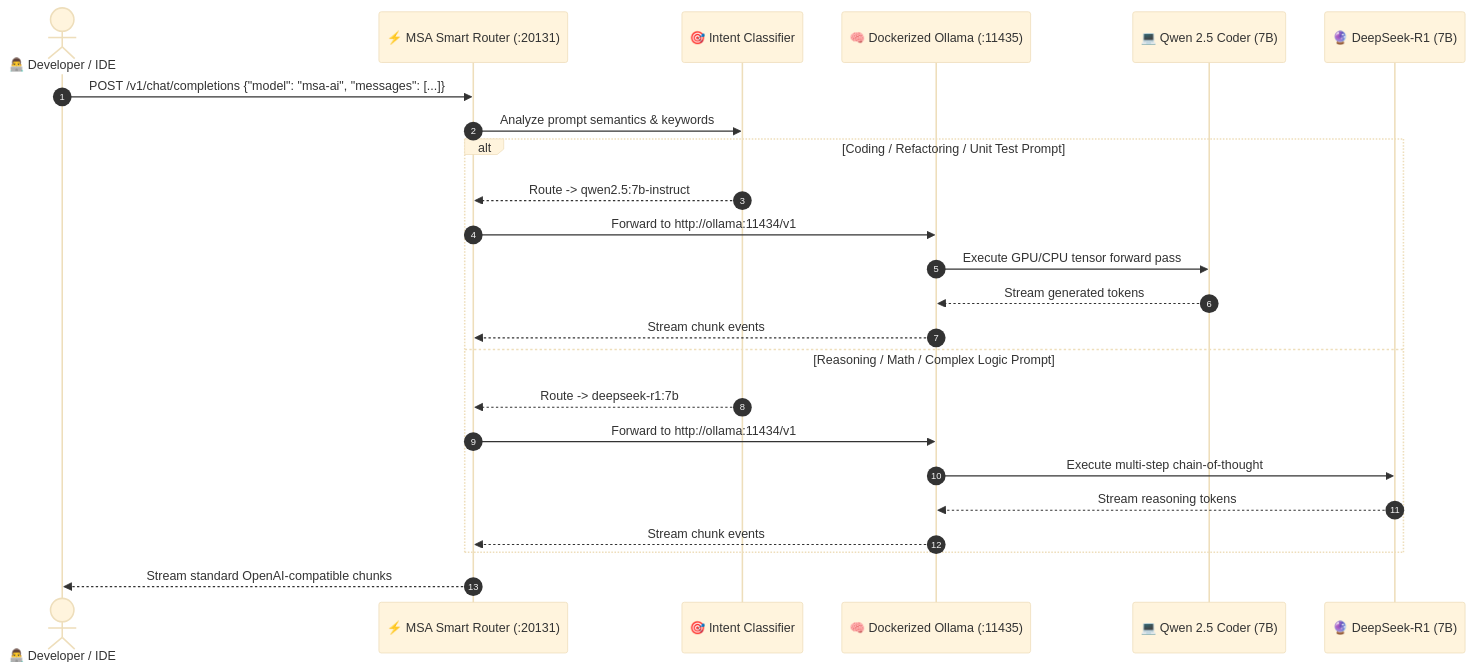
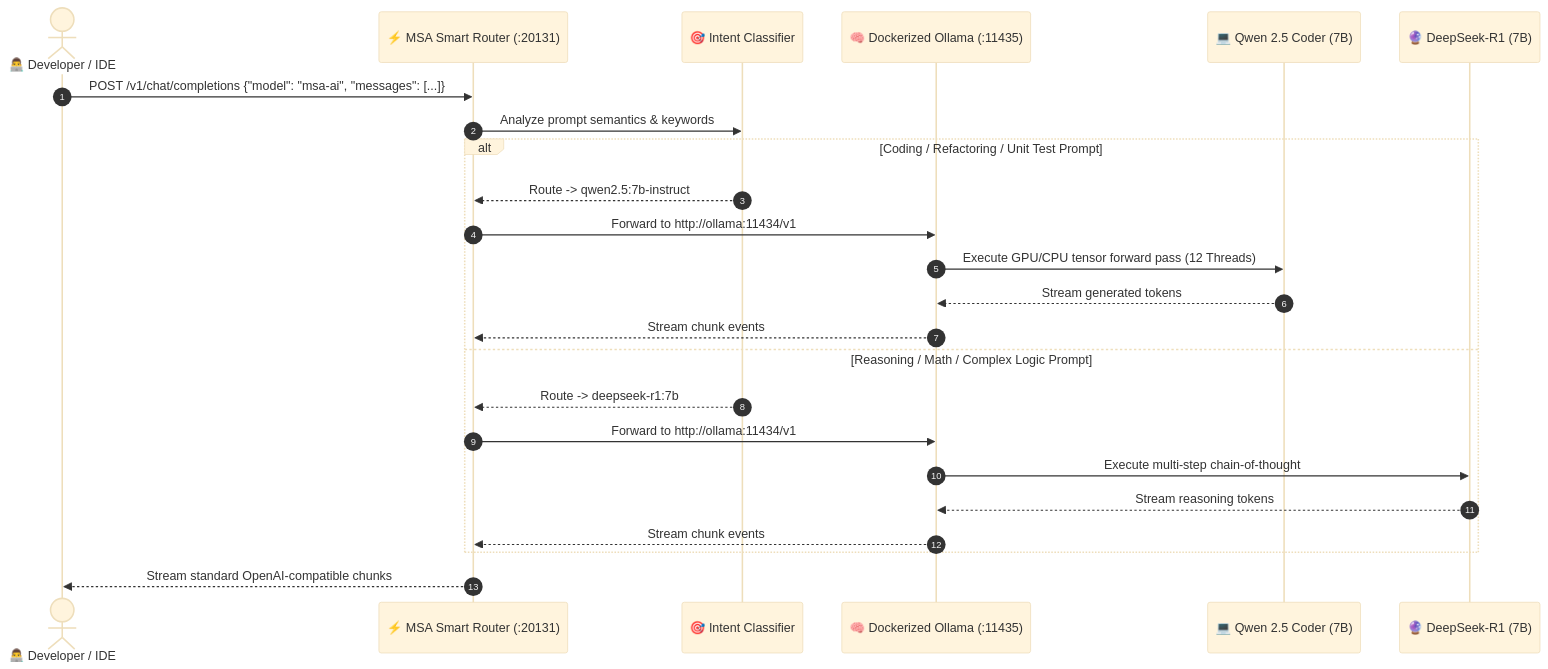
Before and after one commit to Sadique721/MSA-Router: the second of 3 diagrams in README.md, drawn with Mermaid (base theme). The commit also changed other lines of this file, not shown here.

````diff
--- a/README.md
+++ b/README.md
@@ -153,27 +165,27 @@
 ```mermaid
 sequenceDiagram
     autonumber
     actor Dev as 👨‍💻 Developer / IDE
     participant Router as ⚡ MSA Smart Router (:20131)
     participant Classifier as 🎯 Intent Classifier
     participant Ollama as 🧠 Dockerized Ollama (:11435)
     participant Qwen as 💻 Qwen 2.5 Coder (7B)
     participant DeepSeek as 🔮 DeepSeek-R1 (7B)
 
     Dev->>Router: POST /v1/chat/completions {"model": "msa-ai", "messages": [...]}
     Router->>Classifier: Analyze prompt semantics & keywords
     alt Coding / Refactoring / Unit Test Prompt
         Classifier-->>Router: Route -> qwen2.5:7b-instruct
         Router->>Ollama: Forward to http://ollama:11434/v1
-        Ollama->>Qwen: Execute GPU/CPU tensor forward pass
+        Ollama->>Qwen: Execute GPU/CPU tensor forward pass (12 Threads)
         Qwen-->>Ollama: Stream generated tokens
         Ollama-->>Router: Stream chunk events
     else Reasoning / Math / Complex Logic Prompt
         Classifier-->>Router: Route -> deepseek-r1:7b
         Router->>Ollama: Forward to http://ollama:11434/v1
         Ollama->>DeepSeek: Execute multi-step chain-of-thought
         DeepSeek-->>Ollama: Stream reasoning tokens
         Ollama-->>Router: Stream chunk events
     end
     Router-->>Dev: Stream standard OpenAI-compatible chunks
 ```
````
